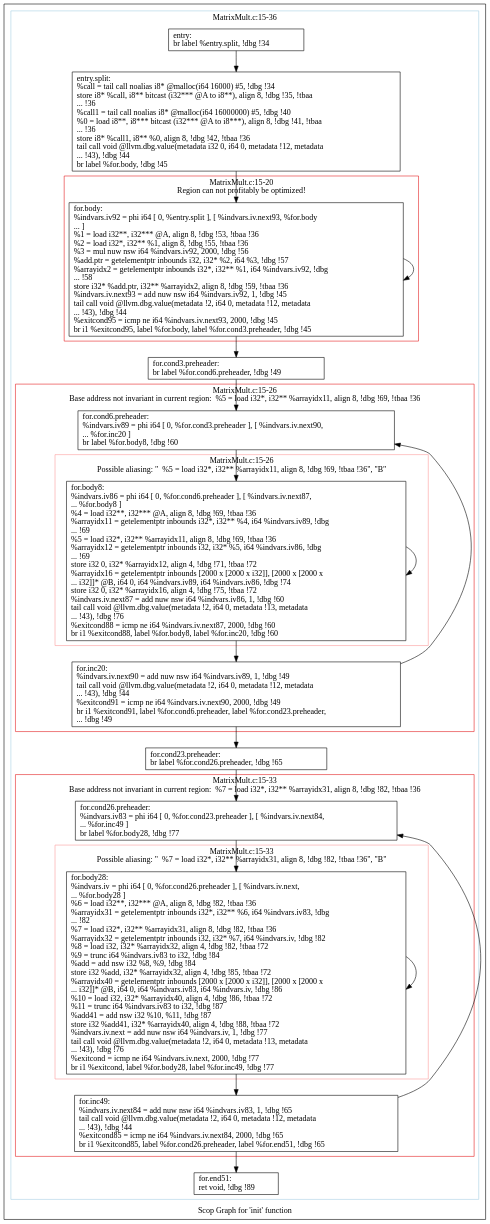
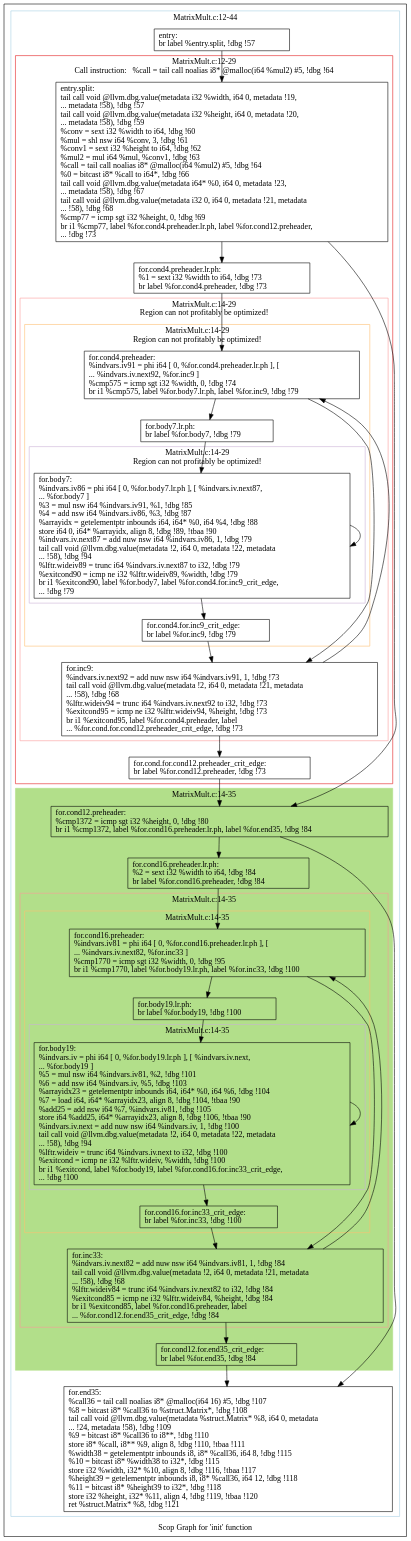
One commit to samminweng/WhileyOpenCL changed the diagram in polly/MatrixMult/impl/handwritten1/dot/scops.init.dot. Above: the diagram before and after it, drawn with Graphviz. The commit also changed 38 other files, not shown here.

First line of the commit message:
Run Polly to optimize handwritten1 MatrixMult

```diff
--- a/polly/MatrixMult/impl/handwritten1/dot/scops.init.dot
+++ b/polly/MatrixMult/impl/handwritten1/dot/scops.init.dot
@@ -1,81 +1,119 @@
 digraph "Scop Graph for 'init' function" {
 	label="Scop Graph for 'init' function";
 
-	Node0xa15f860 [shape=record,label="{entry:\l  br label %entry.split, !dbg !34\l}"];
-	Node0xa15f860 -> Node0xa2233a0;
-	Node0xa2233a0 [shape=record,label="{entry.split:                                      \l  %call = tail call noalias i8* @malloc(i64 16000) #5, !dbg !34\l  store i8* %call, i8** bitcast (i32*** @A to i8**), align 8, !dbg !35, !tbaa\l... !36\l  %call1 = tail call noalias i8* @malloc(i64 16000000) #5, !dbg !40\l  %0 = load i8**, i8*** bitcast (i32*** @A to i8***), align 8, !dbg !41, !tbaa\l... !36\l  store i8* %call1, i8** %0, align 8, !dbg !42, !tbaa !36\l  tail call void @llvm.dbg.value(metadata i32 0, i64 0, metadata !12, metadata\l... !43), !dbg !44\l  br label %for.body, !dbg !45\l}"];
-	Node0xa2233a0 -> Node0xa160580;
-	Node0xa160580 [shape=record,label="{for.body:                                         \l  %indvars.iv92 = phi i64 [ 0, %entry.split ], [ %indvars.iv.next93, %for.body\l... ]\l  %1 = load i32**, i32*** @A, align 8, !dbg !53, !tbaa !36\l  %2 = load i32*, i32** %1, align 8, !dbg !55, !tbaa !36\l  %3 = mul nuw nsw i64 %indvars.iv92, 2000, !dbg !56\l  %add.ptr = getelementptr inbounds i32, i32* %2, i64 %3, !dbg !57\l  %arrayidx2 = getelementptr inbounds i32*, i32** %1, i64 %indvars.iv92, !dbg\l... !58\l  store i32* %add.ptr, i32** %arrayidx2, align 8, !dbg !59, !tbaa !36\l  %indvars.iv.next93 = add nuw nsw i64 %indvars.iv92, 1, !dbg !45\l  tail call void @llvm.dbg.value(metadata !2, i64 0, metadata !12, metadata\l... !43), !dbg !44\l  %exitcond95 = icmp ne i64 %indvars.iv.next93, 2000, !dbg !45\l  br i1 %exitcond95, label %for.body, label %for.cond3.preheader, !dbg !45\l}"];
-	Node0xa160580 -> Node0xa160580[constraint=false];
-	Node0xa160580 -> Node0xa158560;
-	Node0xa158560 [shape=record,label="{for.cond3.preheader:                              \l  br label %for.cond6.preheader, !dbg !49\l}"];
-	Node0xa158560 -> Node0xa16cab0;
-	Node0xa16cab0 [shape=record,label="{for.cond6.preheader:                              \l  %indvars.iv89 = phi i64 [ 0, %for.cond3.preheader ], [ %indvars.iv.next90,\l... %for.inc20 ]\l  br label %for.body8, !dbg !60\l}"];
-	Node0xa16cab0 -> Node0xa15ffa0;
-	Node0xa15ffa0 [shape=record,label="{for.body8:                                        \l  %indvars.iv86 = phi i64 [ 0, %for.cond6.preheader ], [ %indvars.iv.next87,\l... %for.body8 ]\l  %4 = load i32**, i32*** @A, align 8, !dbg !69, !tbaa !36\l  %arrayidx11 = getelementptr inbounds i32*, i32** %4, i64 %indvars.iv89, !dbg\l... !69\l  %5 = load i32*, i32** %arrayidx11, align 8, !dbg !69, !tbaa !36\l  %arrayidx12 = getelementptr inbounds i32, i32* %5, i64 %indvars.iv86, !dbg\l... !69\l  store i32 0, i32* %arrayidx12, align 4, !dbg !71, !tbaa !72\l  %arrayidx16 = getelementptr inbounds [2000 x [2000 x i32]], [2000 x [2000 x\l... i32]]* @B, i64 0, i64 %indvars.iv89, i64 %indvars.iv86, !dbg !74\l  store i32 0, i32* %arrayidx16, align 4, !dbg !75, !tbaa !72\l  %indvars.iv.next87 = add nuw nsw i64 %indvars.iv86, 1, !dbg !60\l  tail call void @llvm.dbg.value(metadata !2, i64 0, metadata !13, metadata\l... !43), !dbg !76\l  %exitcond88 = icmp ne i64 %indvars.iv.next87, 2000, !dbg !60\l  br i1 %exitcond88, label %for.body8, label %for.inc20, !dbg !60\l}"];
-	Node0xa15ffa0 -> Node0xa15ffa0[constraint=false];
-	Node0xa15ffa0 -> Node0xa118aa0;
-	Node0xa118aa0 [shape=record,label="{for.inc20:                                        \l  %indvars.iv.next90 = add nuw nsw i64 %indvars.iv89, 1, !dbg !49\l  tail call void @llvm.dbg.value(metadata !2, i64 0, metadata !12, metadata\l... !43), !dbg !44\l  %exitcond91 = icmp ne i64 %indvars.iv.next90, 2000, !dbg !49\l  br i1 %exitcond91, label %for.cond6.preheader, label %for.cond23.preheader,\l... !dbg !49\l}"];
-	Node0xa118aa0 -> Node0xa16cab0[constraint=false];
-	Node0xa118aa0 -> Node0xa155160;
-	Node0xa155160 [shape=record,label="{for.cond23.preheader:                             \l  br label %for.cond26.preheader, !dbg !65\l}"];
-	Node0xa155160 -> Node0xa15e4f0;
-	Node0xa15e4f0 [shape=record,label="{for.cond26.preheader:                             \l  %indvars.iv83 = phi i64 [ 0, %for.cond23.preheader ], [ %indvars.iv.next84,\l... %for.inc49 ]\l  br label %for.body28, !dbg !77\l}"];
-	Node0xa15e4f0 -> Node0xa169990;
-	Node0xa169990 [shape=record,label="{for.body28:                                       \l  %indvars.iv = phi i64 [ 0, %for.cond26.preheader ], [ %indvars.iv.next,\l... %for.body28 ]\l  %6 = load i32**, i32*** @A, align 8, !dbg !82, !tbaa !36\l  %arrayidx31 = getelementptr inbounds i32*, i32** %6, i64 %indvars.iv83, !dbg\l... !82\l  %7 = load i32*, i32** %arrayidx31, align 8, !dbg !82, !tbaa !36\l  %arrayidx32 = getelementptr inbounds i32, i32* %7, i64 %indvars.iv, !dbg !82\l  %8 = load i32, i32* %arrayidx32, align 4, !dbg !82, !tbaa !72\l  %9 = trunc i64 %indvars.iv83 to i32, !dbg !84\l  %add = add nsw i32 %8, %9, !dbg !84\l  store i32 %add, i32* %arrayidx32, align 4, !dbg !85, !tbaa !72\l  %arrayidx40 = getelementptr inbounds [2000 x [2000 x i32]], [2000 x [2000 x\l... i32]]* @B, i64 0, i64 %indvars.iv83, i64 %indvars.iv, !dbg !86\l  %10 = load i32, i32* %arrayidx40, align 4, !dbg !86, !tbaa !72\l  %11 = trunc i64 %indvars.iv83 to i32, !dbg !87\l  %add41 = add nsw i32 %10, %11, !dbg !87\l  store i32 %add41, i32* %arrayidx40, align 4, !dbg !88, !tbaa !72\l  %indvars.iv.next = add nuw nsw i64 %indvars.iv, 1, !dbg !77\l  tail call void @llvm.dbg.value(metadata !2, i64 0, metadata !13, metadata\l... !43), !dbg !76\l  %exitcond = icmp ne i64 %indvars.iv.next, 2000, !dbg !77\l  br i1 %exitcond, label %for.body28, label %for.inc49, !dbg !77\l}"];
-	Node0xa169990 -> Node0xa169990[constraint=false];
-	Node0xa169990 -> Node0xa154640;
-	Node0xa154640 [shape=record,label="{for.inc49:                                        \l  %indvars.iv.next84 = add nuw nsw i64 %indvars.iv83, 1, !dbg !65\l  tail call void @llvm.dbg.value(metadata !2, i64 0, metadata !12, metadata\l... !43), !dbg !44\l  %exitcond85 = icmp ne i64 %indvars.iv.next84, 2000, !dbg !65\l  br i1 %exitcond85, label %for.cond26.preheader, label %for.end51, !dbg !65\l}"];
-	Node0xa154640 -> Node0xa15e4f0[constraint=false];
-	Node0xa154640 -> Node0xa155080;
-	Node0xa155080 [shape=record,label="{for.end51:                                        \l  ret void, !dbg !89\l}"];
+	Node0x9bb2920 [shape=record,label="{entry:\l  br label %entry.split, !dbg !57\l}"];
+	Node0x9bb2920 -> Node0x9c4b930;
+	Node0x9c4b930 [shape=record,label="{entry.split:                                      \l  tail call void @llvm.dbg.value(metadata i32 %width, i64 0, metadata !19,\l... metadata !58), !dbg !57\l  tail call void @llvm.dbg.value(metadata i32 %height, i64 0, metadata !20,\l... metadata !58), !dbg !59\l  %conv = sext i32 %width to i64, !dbg !60\l  %mul = shl nsw i64 %conv, 3, !dbg !61\l  %conv1 = sext i32 %height to i64, !dbg !62\l  %mul2 = mul i64 %mul, %conv1, !dbg !63\l  %call = tail call noalias i8* @malloc(i64 %mul2) #5, !dbg !64\l  %0 = bitcast i8* %call to i64*, !dbg !66\l  tail call void @llvm.dbg.value(metadata i64* %0, i64 0, metadata !23,\l... metadata !58), !dbg !67\l  tail call void @llvm.dbg.value(metadata i32 0, i64 0, metadata !21, metadata\l... !58), !dbg !68\l  %cmp77 = icmp sgt i32 %height, 0, !dbg !69\l  br i1 %cmp77, label %for.cond4.preheader.lr.ph, label %for.cond12.preheader,\l... !dbg !73\l}"];
+	Node0x9c4b930 -> Node0x9c3a840;
+	Node0x9c4b930 -> Node0x9babe60;
+	Node0x9c3a840 [shape=record,label="{for.cond4.preheader.lr.ph:                        \l  %1 = sext i32 %width to i64, !dbg !73\l  br label %for.cond4.preheader, !dbg !73\l}"];
+	Node0x9c3a840 -> Node0x9aabf30;
+	Node0x9aabf30 [shape=record,label="{for.cond4.preheader:                              \l  %indvars.iv91 = phi i64 [ 0, %for.cond4.preheader.lr.ph ], [\l... %indvars.iv.next92, %for.inc9 ]\l  %cmp575 = icmp sgt i32 %width, 0, !dbg !74\l  br i1 %cmp575, label %for.body7.lr.ph, label %for.inc9, !dbg !79\l}"];
+	Node0x9aabf30 -> Node0x9bb2d60;
+	Node0x9aabf30 -> Node0x9bad0b0;
+	Node0x9bb2d60 [shape=record,label="{for.body7.lr.ph:                                  \l  br label %for.body7, !dbg !79\l}"];
+	Node0x9bb2d60 -> Node0x9bccc40;
+	Node0x9bccc40 [shape=record,label="{for.body7:                                        \l  %indvars.iv86 = phi i64 [ 0, %for.body7.lr.ph ], [ %indvars.iv.next87,\l... %for.body7 ]\l  %3 = mul nsw i64 %indvars.iv91, %1, !dbg !85\l  %4 = add nsw i64 %indvars.iv86, %3, !dbg !87\l  %arrayidx = getelementptr inbounds i64, i64* %0, i64 %4, !dbg !88\l  store i64 0, i64* %arrayidx, align 8, !dbg !89, !tbaa !90\l  %indvars.iv.next87 = add nuw nsw i64 %indvars.iv86, 1, !dbg !79\l  tail call void @llvm.dbg.value(metadata !2, i64 0, metadata !22, metadata\l... !58), !dbg !94\l  %lftr.wideiv89 = trunc i64 %indvars.iv.next87 to i32, !dbg !79\l  %exitcond90 = icmp ne i32 %lftr.wideiv89, %width, !dbg !79\l  br i1 %exitcond90, label %for.body7, label %for.cond4.for.inc9_crit_edge,\l... !dbg !79\l}"];
+	Node0x9bccc40 -> Node0x9bccc40[constraint=false];
+	Node0x9bccc40 -> Node0x9badc90;
+	Node0x9badc90 [shape=record,label="{for.cond4.for.inc9_crit_edge:                     \l  br label %for.inc9, !dbg !79\l}"];
+	Node0x9badc90 -> Node0x9bad0b0;
+	Node0x9bad0b0 [shape=record,label="{for.inc9:                                         \l  %indvars.iv.next92 = add nuw nsw i64 %indvars.iv91, 1, !dbg !73\l  tail call void @llvm.dbg.value(metadata !2, i64 0, metadata !21, metadata\l... !58), !dbg !68\l  %lftr.wideiv94 = trunc i64 %indvars.iv.next92 to i32, !dbg !73\l  %exitcond95 = icmp ne i32 %lftr.wideiv94, %height, !dbg !73\l  br i1 %exitcond95, label %for.cond4.preheader, label\l... %for.cond.for.cond12.preheader_crit_edge, !dbg !73\l}"];
+	Node0x9bad0b0 -> Node0x9aabf30[constraint=false];
+	Node0x9bad0b0 -> Node0x9bccd40;
+	Node0x9bccd40 [shape=record,label="{for.cond.for.cond12.preheader_crit_edge:          \l  br label %for.cond12.preheader, !dbg !73\l}"];
+	Node0x9bccd40 -> Node0x9babe60;
+	Node0x9babe60 [shape=record,label="{for.cond12.preheader:                             \l  %cmp1372 = icmp sgt i32 %height, 0, !dbg !80\l  br i1 %cmp1372, label %for.cond16.preheader.lr.ph, label %for.end35, !dbg !84\l}"];
+	Node0x9babe60 -> Node0x9ba96f0;
+	Node0x9babe60 -> Node0x9bacd70;
+	Node0x9ba96f0 [shape=record,label="{for.cond16.preheader.lr.ph:                       \l  %2 = sext i32 %width to i64, !dbg !84\l  br label %for.cond16.preheader, !dbg !84\l}"];
+	Node0x9ba96f0 -> Node0x9bacdd0;
+	Node0x9bacdd0 [shape=record,label="{for.cond16.preheader:                             \l  %indvars.iv81 = phi i64 [ 0, %for.cond16.preheader.lr.ph ], [\l... %indvars.iv.next82, %for.inc33 ]\l  %cmp1770 = icmp sgt i32 %width, 0, !dbg !95\l  br i1 %cmp1770, label %for.body19.lr.ph, label %for.inc33, !dbg !100\l}"];
+	Node0x9bacdd0 -> Node0x9bace30;
+	Node0x9bacdd0 -> Node0x9bb6560;
+	Node0x9bace30 [shape=record,label="{for.body19.lr.ph:                                 \l  br label %for.body19, !dbg !100\l}"];
+	Node0x9bace30 -> Node0x9bb65c0;
+	Node0x9bb65c0 [shape=record,label="{for.body19:                                       \l  %indvars.iv = phi i64 [ 0, %for.body19.lr.ph ], [ %indvars.iv.next,\l... %for.body19 ]\l  %5 = mul nsw i64 %indvars.iv81, %2, !dbg !101\l  %6 = add nsw i64 %indvars.iv, %5, !dbg !103\l  %arrayidx23 = getelementptr inbounds i64, i64* %0, i64 %6, !dbg !104\l  %7 = load i64, i64* %arrayidx23, align 8, !dbg !104, !tbaa !90\l  %add25 = add nsw i64 %7, %indvars.iv81, !dbg !105\l  store i64 %add25, i64* %arrayidx23, align 8, !dbg !106, !tbaa !90\l  %indvars.iv.next = add nuw nsw i64 %indvars.iv, 1, !dbg !100\l  tail call void @llvm.dbg.value(metadata !2, i64 0, metadata !22, metadata\l... !58), !dbg !94\l  %lftr.wideiv = trunc i64 %indvars.iv.next to i32, !dbg !100\l  %exitcond = icmp ne i32 %lftr.wideiv, %width, !dbg !100\l  br i1 %exitcond, label %for.body19, label %for.cond16.for.inc33_crit_edge,\l... !dbg !100\l}"];
+	Node0x9bb65c0 -> Node0x9bb65c0[constraint=false];
+	Node0x9bb65c0 -> Node0x9bb94e0;
+	Node0x9bb94e0 [shape=record,label="{for.cond16.for.inc33_crit_edge:                   \l  br label %for.inc33, !dbg !100\l}"];
+	Node0x9bb94e0 -> Node0x9bb6560;
+	Node0x9bb6560 [shape=record,label="{for.inc33:                                        \l  %indvars.iv.next82 = add nuw nsw i64 %indvars.iv81, 1, !dbg !84\l  tail call void @llvm.dbg.value(metadata !2, i64 0, metadata !21, metadata\l... !58), !dbg !68\l  %lftr.wideiv84 = trunc i64 %indvars.iv.next82 to i32, !dbg !84\l  %exitcond85 = icmp ne i32 %lftr.wideiv84, %height, !dbg !84\l  br i1 %exitcond85, label %for.cond16.preheader, label\l... %for.cond12.for.end35_crit_edge, !dbg !84\l}"];
+	Node0x9bb6560 -> Node0x9bacdd0[constraint=false];
+	Node0x9bb6560 -> Node0x9bb9540;
+	Node0x9bb9540 [shape=record,label="{for.cond12.for.end35_crit_edge:                   \l  br label %for.end35, !dbg !84\l}"];
+	Node0x9bb9540 -> Node0x9bacd70;
+	Node0x9bacd70 [shape=record,label="{for.end35:                                        \l  %call36 = tail call noalias i8* @malloc(i64 16) #5, !dbg !107\l  %8 = bitcast i8* %call36 to %struct.Matrix*, !dbg !108\l  tail call void @llvm.dbg.value(metadata %struct.Matrix* %8, i64 0, metadata\l... !24, metadata !58), !dbg !109\l  %9 = bitcast i8* %call36 to i8**, !dbg !110\l  store i8* %call, i8** %9, align 8, !dbg !110, !tbaa !111\l  %width38 = getelementptr inbounds i8, i8* %call36, i64 8, !dbg !115\l  %10 = bitcast i8* %width38 to i32*, !dbg !115\l  store i32 %width, i32* %10, align 8, !dbg !116, !tbaa !117\l  %height39 = getelementptr inbounds i8, i8* %call36, i64 12, !dbg !118\l  %11 = bitcast i8* %height39 to i32*, !dbg !118\l  store i32 %height, i32* %11, align 4, !dbg !119, !tbaa !120\l  ret %struct.Matrix* %8, !dbg !121\l}"];
 	colorscheme = "paired12"
-        subgraph cluster_0xa1593b0 {
-          label = "MatrixMult.c:15-36
+        subgraph cluster_0x9bb1170 {
+          label = "MatrixMult.c:12-44
 ";
           style = solid;
           color = 1
-          subgraph cluster_0xa162bb0 {
-            label = "MatrixMult.c:15-20
-Region can not profitably be optimized!";
+          subgraph cluster_0x9bcccc0 {
+            label = "MatrixMult.c:12-29
+Call instruction:   %call = tail call noalias i8* @malloc(i64 %mul2) #5, !dbg !64";
             style = solid;
             color = 6
-            Node0xa160580;
-          }
-          subgraph cluster_0xa158490 {
-            label = "MatrixMult.c:15-26
-Base address not invariant in current region:  %5 = load i32*, i32** %arrayidx11, align 8, !dbg !69, !tbaa !36";
-            style = solid;
-            color = 6
-            subgraph cluster_0xa15f3d0 {
-              label = "MatrixMult.c:15-26
-Possible aliasing: \"  %5 = load i32*, i32** %arrayidx11, align 8, !dbg !69, !tbaa !36\", \"B\"";
+            subgraph cluster_0x9bb0230 {
+              label = "MatrixMult.c:14-29
+Region can not profitably be optimized!";
               style = solid;
               color = 5
-              Node0xa15ffa0;
+              subgraph cluster_0x9bb01b0 {
+                label = "MatrixMult.c:14-29
+Region can not profitably be optimized!";
+                style = solid;
+                color = 7
+                subgraph cluster_0x9bb9670 {
+                  label = "MatrixMult.c:14-29
+Region can not profitably be optimized!";
+                  style = solid;
+                  color = 9
+                  Node0x9bccc40;
+                }
+                Node0x9aabf30;
+                Node0x9bb2d60;
+                Node0x9badc90;
+              }
+              Node0x9bad0b0;
             }
-            Node0xa16cab0;
-            Node0xa118aa0;
+            Node0x9c4b930;
+            Node0x9c3a840;
+            Node0x9bccd40;
           }
-          subgraph cluster_0xa15fea0 {
-            label = "MatrixMult.c:15-33
-Base address not invariant in current region:  %7 = load i32*, i32** %arrayidx31, align 8, !dbg !82, !tbaa !36";
-            style = solid;
-            color = 6
-            subgraph cluster_0xa162450 {
-              label = "MatrixMult.c:15-33
-Possible aliasing: \"  %7 = load i32*, i32** %arrayidx31, align 8, !dbg !82, !tbaa !36\", \"B\"";
+          subgraph cluster_0x9bb95f0 {
+            label = "MatrixMult.c:14-35
+";
+            style = filled;
+            color = 3            subgraph cluster_0x9b9efc0 {
+              label = "MatrixMult.c:14-35
+";
               style = solid;
               color = 5
-              Node0xa169990;
+              subgraph cluster_0x9bc8880 {
+                label = "MatrixMult.c:14-35
+";
+                style = solid;
+                color = 7
+                subgraph cluster_0x9bb9830 {
+                  label = "MatrixMult.c:14-35
+";
+                  style = solid;
+                  color = 9
+                  Node0x9bb65c0;
+                }
+                Node0x9bacdd0;
+                Node0x9bace30;
+                Node0x9bb94e0;
+              }
+              Node0x9bb6560;
             }
-            Node0xa15e4f0;
-            Node0xa154640;
+            Node0x9babe60;
+            Node0x9ba96f0;
+            Node0x9bb9540;
           }
-          Node0xa15f860;
-          Node0xa2233a0;
-          Node0xa158560;
-          Node0xa155160;
-          Node0xa155080;
+          Node0x9bb2920;
+          Node0x9bacd70;
         }
 }
```
